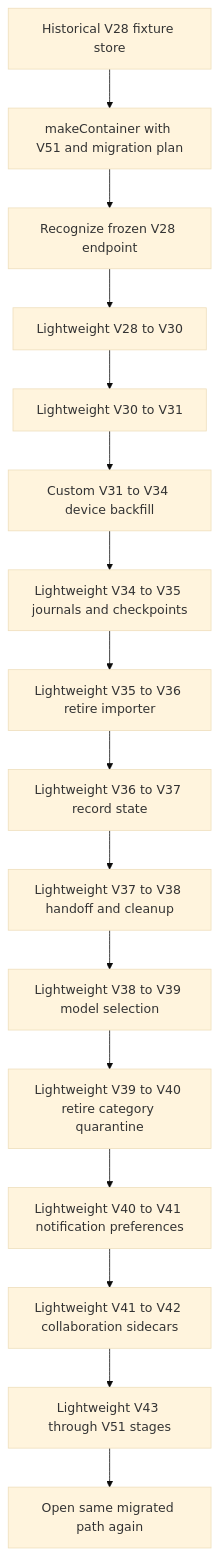
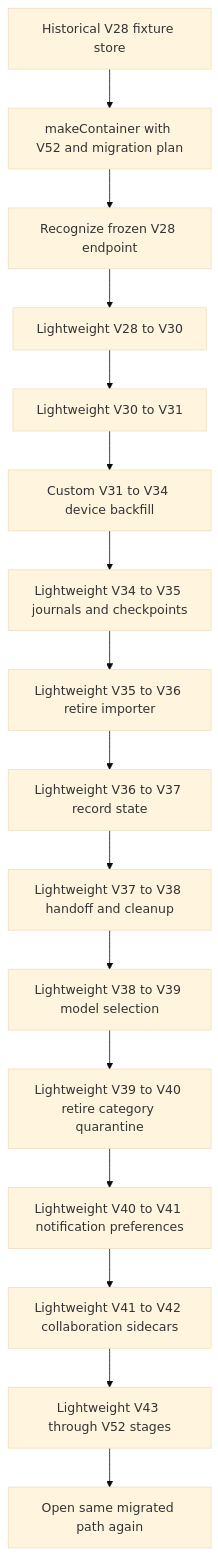
Before and after one commit to AkinoKaede/Termind: the second of 4 diagrams in openwiki/concepts/persistence-and-secrets.md, drawn with Mermaid (base theme). The commit also changed other lines of this file and 71 other files, not shown here.

````diff
--- a/openwiki/concepts/persistence-and-secrets.md
+++ b/openwiki/concepts/persistence-and-secrets.md
@@ -218,18 +220,18 @@
 ```mermaid
 flowchart TD
-    Fixture["Historical V28 fixture store"] --> Factory["makeContainer with V51 and migration plan"]
+    Fixture["Historical V28 fixture store"] --> Factory["makeContainer with V52 and migration plan"]
     Factory --> V28["Recognize frozen V28 endpoint"]
     V28 --> V30["Lightweight V28 to V30"]
     V30 --> V31["Lightweight V30 to V31"]
     V31 --> V34["Custom V31 to V34 device backfill"]
     V34 --> V35["Lightweight V34 to V35 journals and checkpoints"]
     V35 --> V36["Lightweight V35 to V36 retire importer"]
     V36 --> V37["Lightweight V36 to V37 record state"]
     V37 --> V38["Lightweight V37 to V38 handoff and cleanup"]
     V38 --> V39["Lightweight V38 to V39 model selection"]
     V39 --> V40["Lightweight V39 to V40 retire category quarantine"]
     V40 --> V41["Lightweight V40 to V41 notification preferences"]
     V41 --> V42["Lightweight V41 to V42 collaboration sidecars"]
-    V42 --> V46["Lightweight V43 through V51 stages"]
+    V42 --> V46["Lightweight V43 through V52 stages"]
     V46 --> Reopen["Open same migrated path again"]
 ```
````
